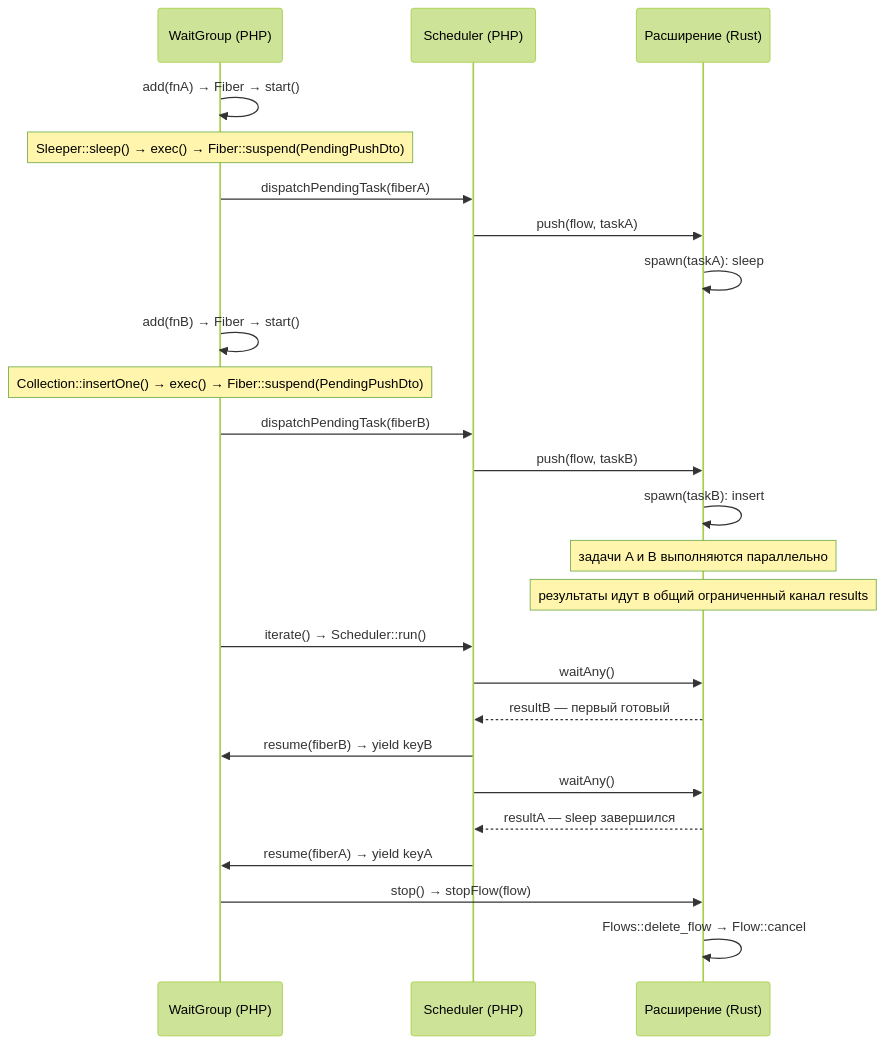
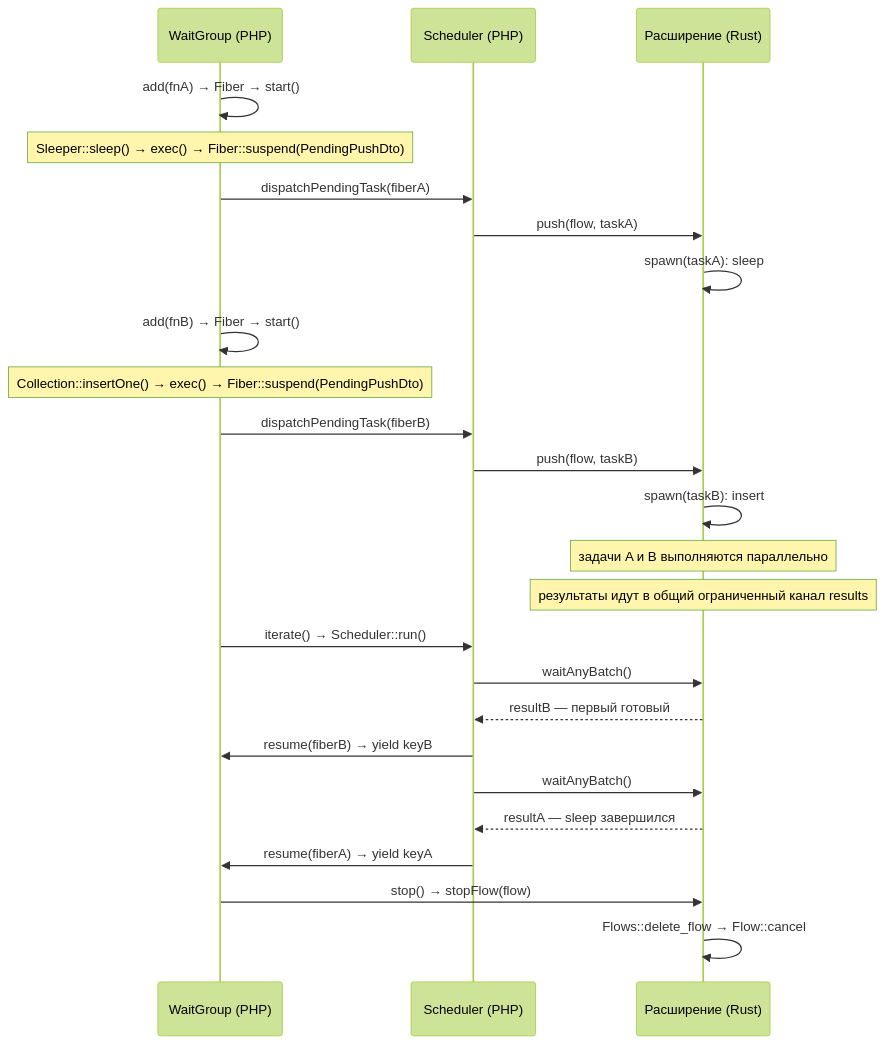
Before and after one commit to sprust/sconcur: the first of 2 diagrams in docs/architecture.ru.md, drawn with Mermaid (forest theme). The commit also changed other lines of this file and 34 other files, not shown here.

````diff
--- a/docs/architecture.ru.md
+++ b/docs/architecture.ru.md
@@ -51,31 +51,31 @@
 ```mermaid
 sequenceDiagram
     participant WG as WaitGroup (PHP)
     participant S as Scheduler (PHP)
     participant EXT as Расширение (Rust)
 
     WG->>WG: add(fnA) → Fiber → start()
     Note over WG: Sleeper::sleep() → exec() → Fiber::suspend(PendingPushDto)
     WG->>S: dispatchPendingTask(fiberA)
     S->>EXT: push(flow, taskA)
     EXT->>EXT: spawn(taskA): sleep
 
     WG->>WG: add(fnB) → Fiber → start()
     Note over WG: Collection::insertOne() → exec() → Fiber::suspend(PendingPushDto)
     WG->>S: dispatchPendingTask(fiberB)
     S->>EXT: push(flow, taskB)
     EXT->>EXT: spawn(taskB): insert
     Note over EXT: задачи A и B выполняются параллельно
     Note over EXT: результаты идут в общий ограниченный канал results
 
     WG->>S: iterate() → Scheduler::run()
-    S->>EXT: waitAny()
+    S->>EXT: waitAnyBatch()
     EXT-->>S: resultB — первый готовый
     S->>WG: resume(fiberB) → yield keyB
-    S->>EXT: waitAny()
+    S->>EXT: waitAnyBatch()
     EXT-->>S: resultA — sleep завершился
     S->>WG: resume(fiberA) → yield keyA
 
     WG->>EXT: stop() → stopFlow(flow)
     EXT->>EXT: Flows::delete_flow → Flow::cancel
 ```
````
